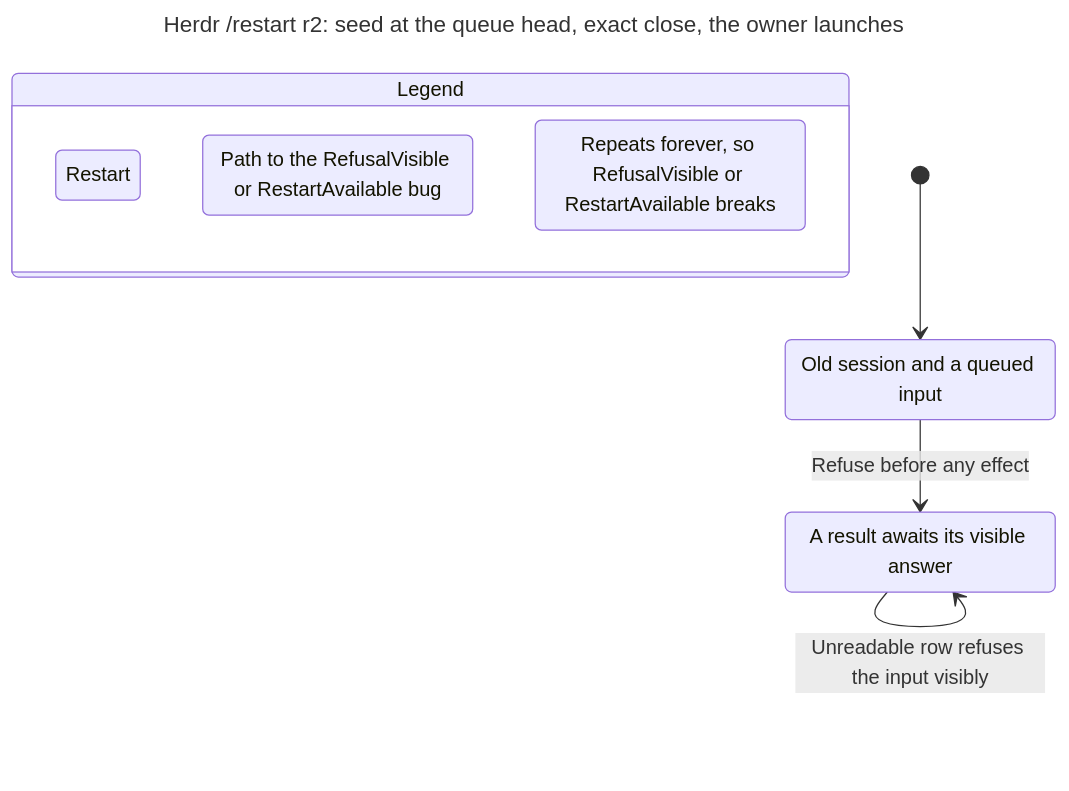
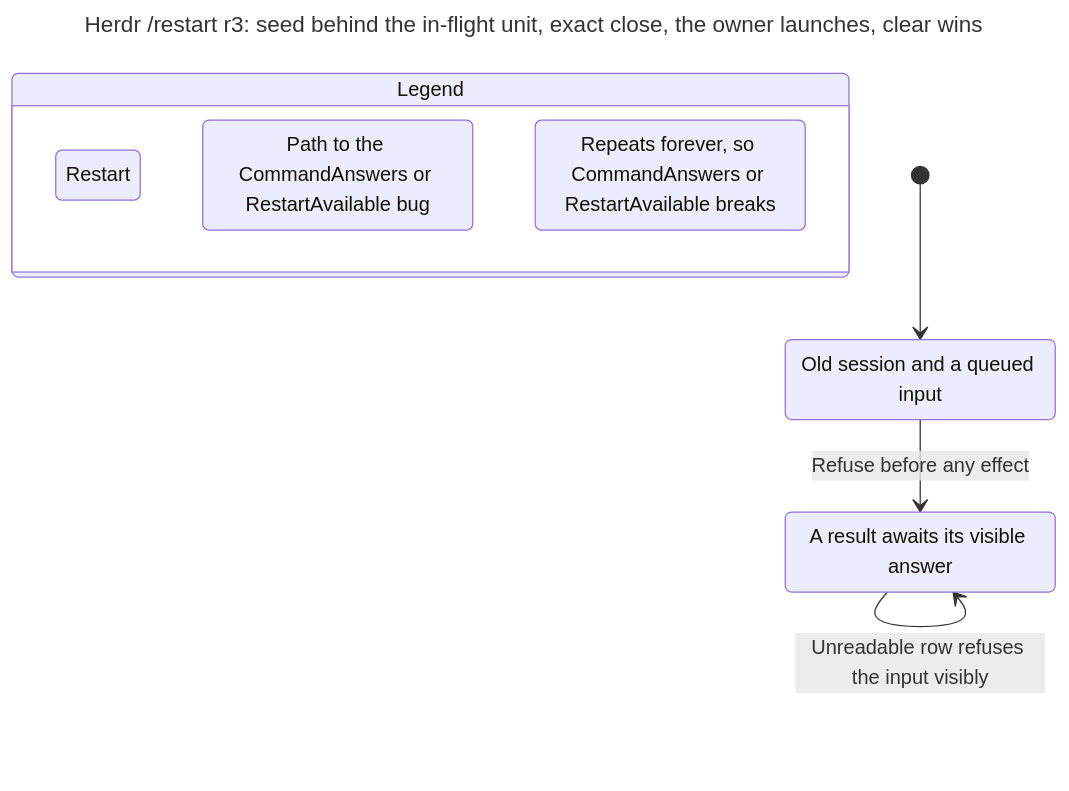
The diagram in docs/statecharts/session-lifecycle/herdr-restart-owner-NoNoticeRefusal.chart.mmd (itismyfield/AgentDesk), drawn with Mermaid before and after one commit. The commit also changed 199 other files, not shown here.

First line of the commit message:
docs(herdr): restart design r3 — restart through a dispatch, clear wins, seedless restart

```diff
--- a/docs/statecharts/session-lifecycle/herdr-restart-owner-NoNoticeRefusal.chart.mmd
+++ b/docs/statecharts/session-lifecycle/herdr-restart-owner-NoNoticeRefusal.chart.mmd
@@ -1,22 +1,22 @@
 ---
-title: "Herdr /restart r2: seed at the queue head, exact close, the owner launches"
+title: "Herdr /restart r3: seed behind the in-flight unit, exact close, the owner launches, clear wins"
 ---
 stateDiagram-v2
   state "Legend" as legend {
     lg0: Restart
-    lg1: Path to the RefusalVisible or RestartAvailable bug
-    lg2: Repeats forever, so RefusalVisible or RestartAvailable breaks
+    lg1: Path to the CommandAnswers or RestartAvailable bug
+    lg2: Repeats forever, so CommandAnswers or RestartAvailable breaks
   }
   class lg0 blue
   class lg1 bugPath
   class lg2 repeats
   s0: Old session and a queued input
   s1: A result awaits its visible answer
   [*] --> s0
   s0 --> s1: Refuse before any effect
   s1 --> s1: Unreadable row refuses the input visibly
   class s0 blue
   class s0 bugPath
   class s1 blue
   class s1 bugPath
   class s1 repeats
```
